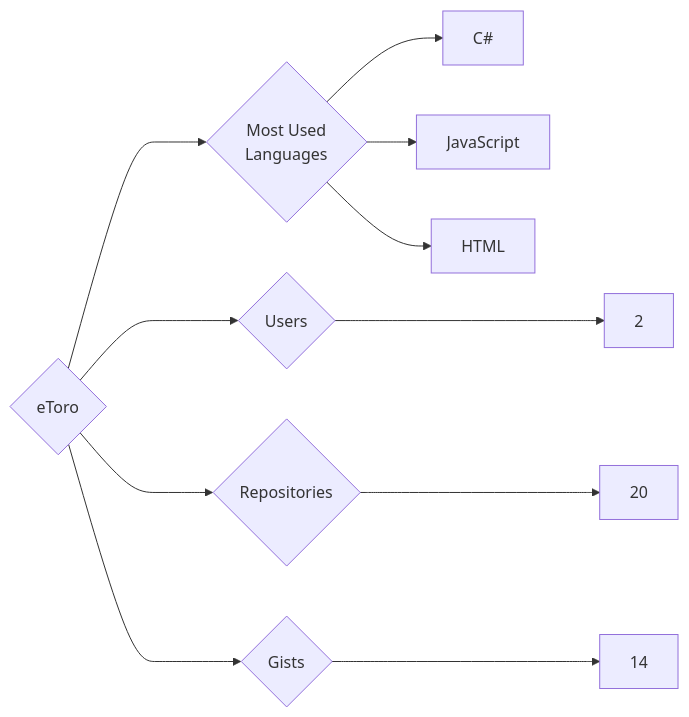
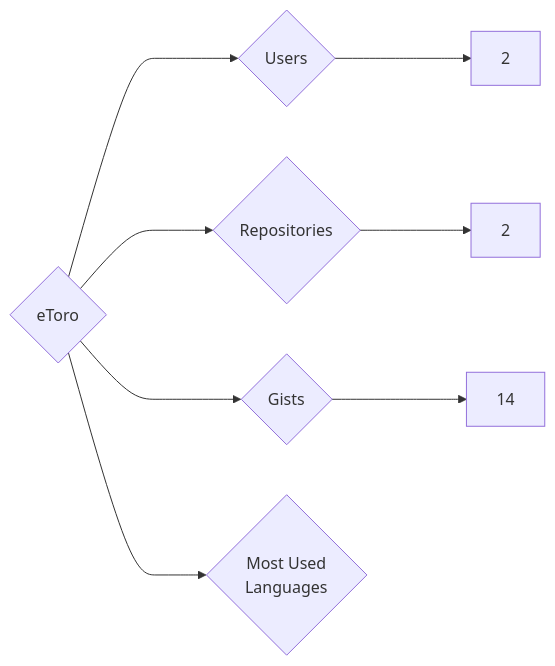
One commit to trickest/insiders changed the diagram in targets/eToro/README.md. Above: the diagram before and after it, drawn with Mermaid. The commit also changed 840 other files, not shown here.

````diff
--- a/targets/eToro/README.md
+++ b/targets/eToro/README.md
@@ -3,11 +3,8 @@
 ```mermaid
 graph LR
 COMPANY_NAME{eToro}
 COMPANY_NAME ---> U{Users} ---> UN[2]
-COMPANY_NAME ---> R{Repositories} ---> RN[20]
+COMPANY_NAME ---> R{Repositories} ---> RN[2]
 COMPANY_NAME ---> G{Gists} ---> GN[14]
 COMPANY_NAME ---> ML{Most Used<br>Languages}
-ML --> C#[C#]
-ML --> JavaScript[JavaScript]
-ML --> HTML[HTML]
 ```
````
